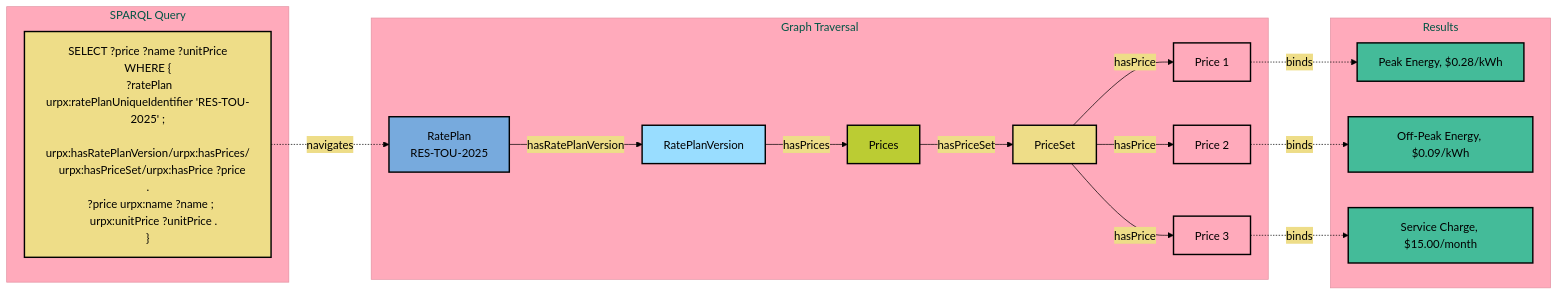
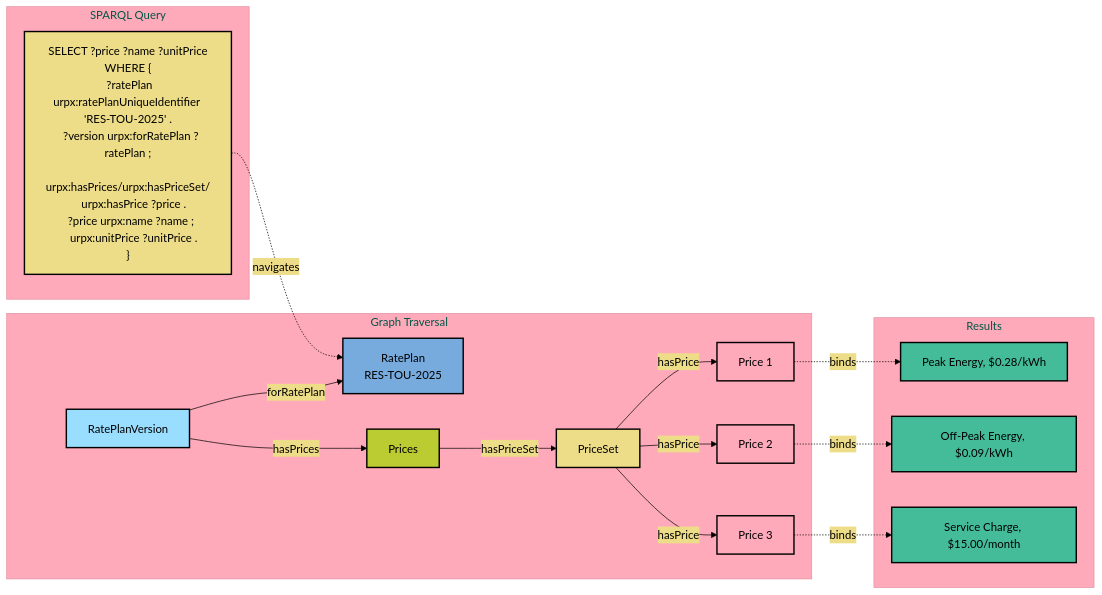
Before and after one commit to urpx-org/urpx: the diagram in documentation/diagrams/urpx-sparql-query-visual.mmd, drawn with Mermaid. The commit also changed 18 other files, not shown here.

```diff
--- a/documentation/diagrams/urpx-sparql-query-visual.mmd
+++ b/documentation/diagrams/urpx-sparql-query-visual.mmd
@@ -1,50 +1,50 @@
 %% SPDX-FileCopyrightText: Flux Tailor LLC
 %% SPDX-License-Identifier: Apache-2.0
 %% SPDX-Transition-License-After-Draft: W3C-20231102
 %% Comment: Will transition to W3C Document License upon Working Group Draft acceptance. See TRANSITION.md.
 
 %%{init: {'theme':'base', 'themeVariables': { 'primaryColor':'#77AADD', 'primaryTextColor':'#000', 'primaryBorderColor':'#000', 'lineColor':'#000', 'secondaryColor':'#EEDD88', 'tertiaryColor':'#FFAABB', 'background':'transparent'}}}%%
 graph LR
     subgraph "SPARQL Query"
-        Q["SELECT ?price ?name ?unitPrice<br/>WHERE {<br/>  ?ratePlan urpx:ratePlanUniqueIdentifier 'RES-TOU-2025' ;<br/>    urpx:hasRatePlanVersion/urpx:hasPrices/<br/>    urpx:hasPriceSet/urpx:hasPrice ?price .<br/>  ?price urpx:name ?name ;<br/>    urpx:unitPrice ?unitPrice .<br/>}"]
+        Q["SELECT ?price ?name ?unitPrice<br/>WHERE {<br/>  ?ratePlan urpx:ratePlanUniqueIdentifier 'RES-TOU-2025' .<br/>  ?version urpx:forRatePlan ?ratePlan ;<br/>    urpx:hasPrices/urpx:hasPriceSet/<br/>    urpx:hasPrice ?price .<br/>  ?price urpx:name ?name ;<br/>    urpx:unitPrice ?unitPrice .<br/>}"]
     end
     
     subgraph "Graph Traversal"
         RP[RatePlan<br/>RES-TOU-2025]
         RPV[RatePlanVersion]
         PRC[Prices]
         PS[PriceSet]
         P1[Price 1]
         P2[Price 2]
         P3[Price 3]
         
-        RP -->|hasRatePlanVersion| RPV
+        RPV -->|forRatePlan| RP
         RPV -->|hasPrices| PRC
         PRC -->|hasPriceSet| PS
         PS -->|hasPrice| P1
         PS -->|hasPrice| P2
         PS -->|hasPrice| P3
     end
     
     subgraph "Results"
         R1["Peak Energy, $0.28/kWh"]
         R2["Off-Peak Energy, $0.09/kWh"]
         R3["Service Charge, $15.00/month"]
     end
     
     Q -.->|navigates| RP
     P1 -.->|binds| R1
     P2 -.->|binds| R2
     P3 -.->|binds| R3
     
     style Q fill:#EEDD88,stroke:#000,stroke-width:2px,color:#000
     style RP fill:#77AADD,stroke:#000,stroke-width:2px,color:#000
     style RPV fill:#99DDFF,stroke:#000,stroke-width:2px,color:#000
     style PRC fill:#BBCC33,stroke:#000,stroke-width:2px,color:#000
     style PS fill:#EEDD88,stroke:#000,stroke-width:2px,color:#000
     style P1 fill:#FFAABB,stroke:#000,stroke-width:2px,color:#000
     style P2 fill:#FFAABB,stroke:#000,stroke-width:2px,color:#000
     style P3 fill:#FFAABB,stroke:#000,stroke-width:2px,color:#000
     style R1 fill:#44BB99,stroke:#000,stroke-width:2px,color:#000
     style R2 fill:#44BB99,stroke:#000,stroke-width:2px,color:#000
     style R3 fill:#44BB99,stroke:#000,stroke-width:2px,color:#000
```
